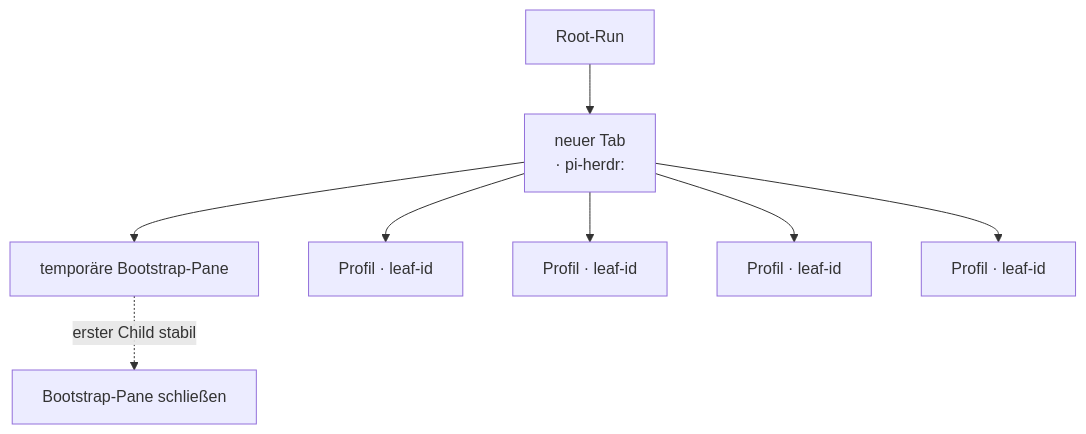
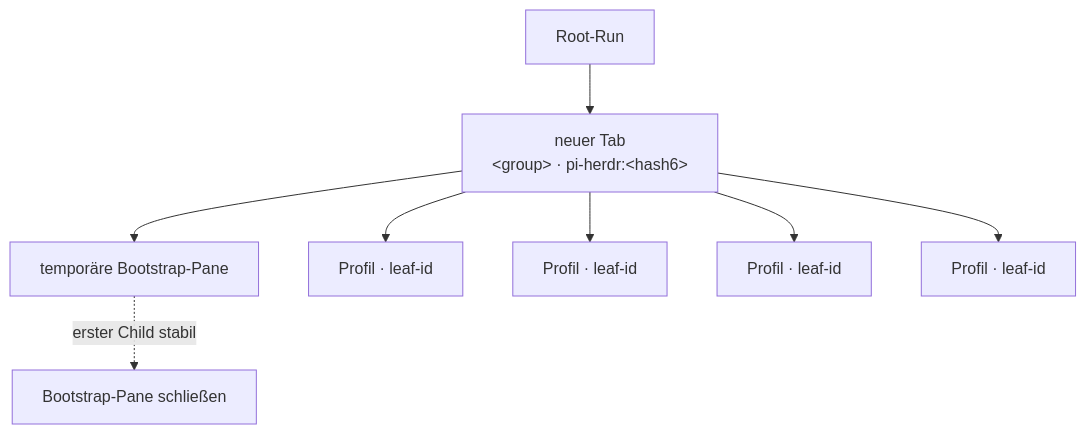
Before and after one commit to Eckii24/dotfiles: the third of 6 diagrams in .pi/agent/extensions/herdr-subagent/README.md, drawn with Mermaid. The commit also changed other lines of this file and 3 other files, not shown here.

````diff
--- a/.pi/agent/extensions/herdr-subagent/README.md
+++ b/.pi/agent/extensions/herdr-subagent/README.md
@@ -261,10 +261,10 @@
 ```mermaid
 flowchart TB
-  R[Root-Run] --> TAB[neuer Tab\n<group> · pi-herdr:<hash6>]
-  TAB --> B[temporäre Bootstrap-Pane]
-  TAB --> L1[Profil · leaf-id]
-  TAB --> L2[Profil · leaf-id]
-  TAB --> L3[Profil · leaf-id]
-  TAB --> L4[Profil · leaf-id]
-  B -. erster Child stabil .-> X[Bootstrap-Pane schließen]
+  R["Root-Run"] --> TAB["neuer Tab<br/>&lt;group&gt; · pi-herdr:&lt;hash6&gt;"]
+  TAB --> B["temporäre Bootstrap-Pane"]
+  TAB --> L1["Profil · leaf-id"]
+  TAB --> L2["Profil · leaf-id"]
+  TAB --> L3["Profil · leaf-id"]
+  TAB --> L4["Profil · leaf-id"]
+  B -.->|erster Child stabil| X["Bootstrap-Pane schließen"]
 ```
````
